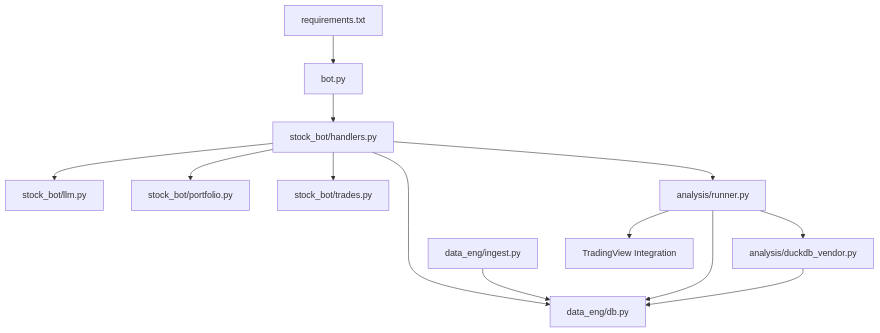
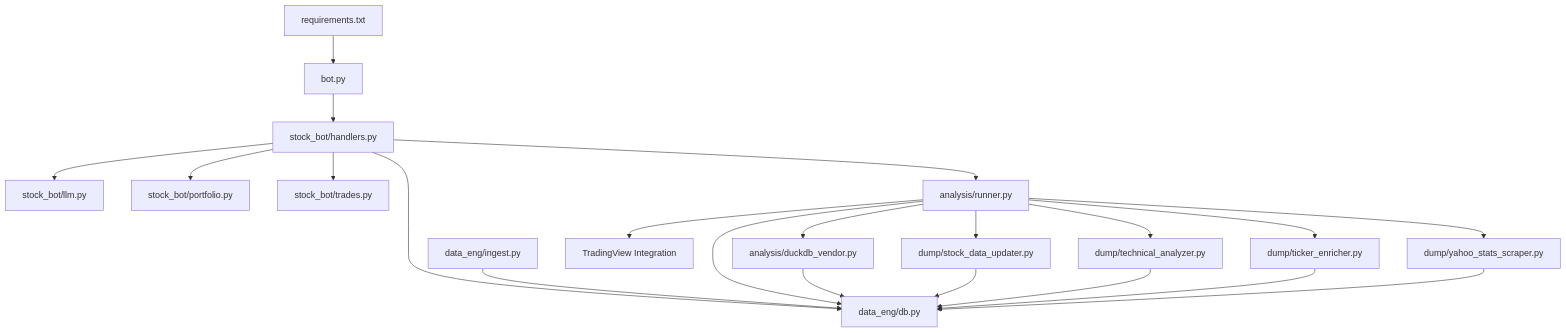
Before and after one commit to ZengSeng/telegram-bot: diagram 12 of 12 in .qoder/repowiki/en/content/Core Components/Analysis Framework.md, drawn with Mermaid. The commit also changed other lines of this file and 9 other files, not shown here.

````diff
--- a/.qoder/repowiki/en/content/Core Components/Analysis Framework.md
+++ b/.qoder/repowiki/en/content/Core Components/Analysis Framework.md
@@ -457,26 +564,38 @@
 ```mermaid
 graph TB
 REQ["requirements.txt"]
 BOT["bot.py"]
 HANDLER["stock_bot/handlers.py"]
 LLM["stock_bot/llm.py"]
 PORTFOLIO["stock_bot/portfolio.py"]
 TRADES["stock_bot/trades.py"]
 DB["data_eng/db.py"]
 INGEST["data_eng/ingest.py"]
 RUNNER["analysis/runner.py"]
 DUCK["analysis/duckdb_vendor.py"]
 TRADINGVIEW["TradingView Integration"]
+SDU["dump/stock_data_updater.py"]
+TA["dump/technical_analyzer.py"]
+TE["dump/ticker_enricher.py"]
+YSS["dump/yahoo_stats_scraper.py"]
 REQ --> BOT
 BOT --> HANDLER
 HANDLER --> LLM
 HANDLER --> PORTFOLIO
 HANDLER --> TRADES
 HANDLER --> RUNNER
 HANDLER --> DB
 INGEST --> DB
 RUNNER --> DUCK
 RUNNER --> TRADINGVIEW
+RUNNER --> SDU
+RUNNER --> TA
+RUNNER --> TE
+RUNNER --> YSS
 RUNNER --> DB
 DUCK --> DB
+SDU --> DB
+TA --> DB
+TE --> DB
+YSS --> DB
 ```
````
